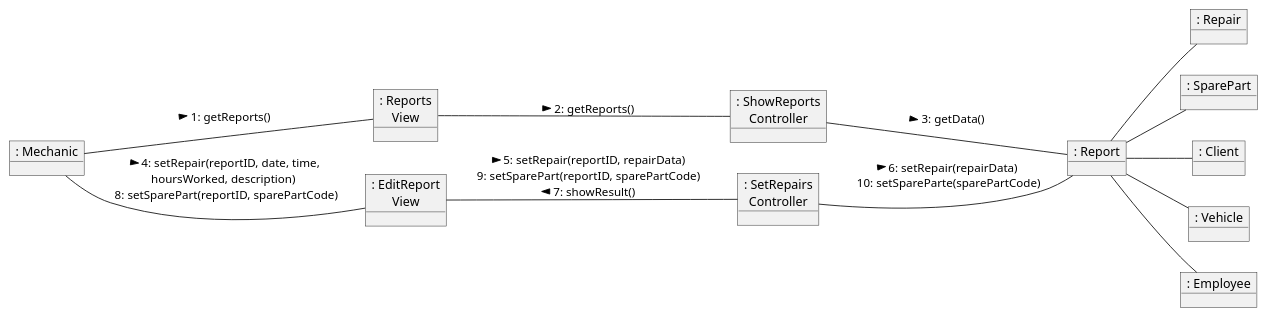
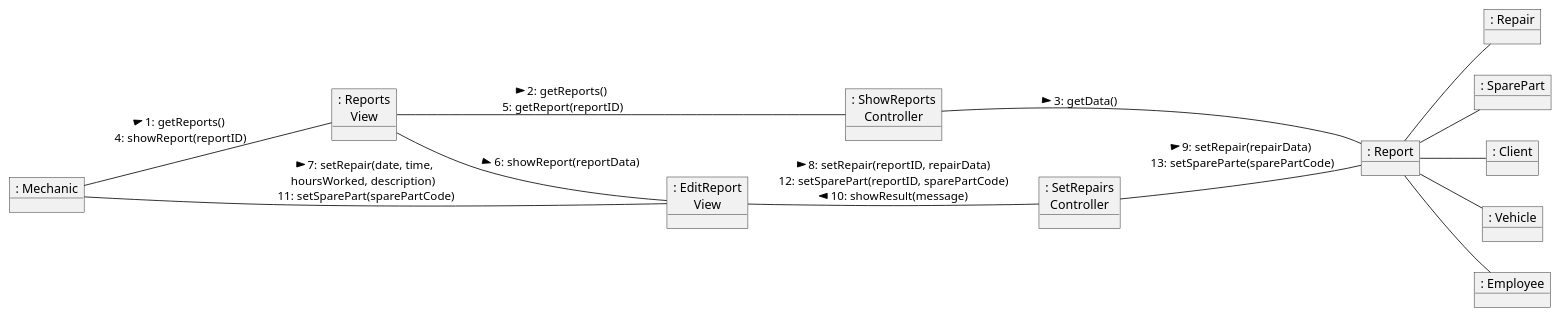
Before and after one commit to mpaulaherrero/IS-022023: the diagram in docs/diagrams/tallerMecanico/logicalView/analisysView/usecaseAnalisys/analysisComunicationDiagramUC2.plantuml, drawn with PlantUML. The commit also changed 5 other files, not shown here.

```diff
--- a/docs/diagrams/tallerMecanico/logicalView/analisysView/usecaseAnalisys/analysisComunicationDiagramUC2.plantuml
+++ b/docs/diagrams/tallerMecanico/logicalView/analisysView/usecaseAnalisys/analysisComunicationDiagramUC2.plantuml
@@ -1,28 +1,30 @@
 @startuml
 left to right direction
 
 object ": Mechanic" as Mechanic
 object ": Reports\nView" as ReportsView
 object ": ShowReports\nController" as ShowReportsController
 object ": EditReport\nView" as EditReportView
 object ": SetRepairs\nController" as SetRepairsController
 object ": Report" as Report
 object ": Repair" as Repair
 object ": SparePart" as SparePart
 object ": Client" as Client
 object ": Vehicle" as Vehicle
 object ": Employee" as Employee
 
-Mechanic -- ReportsView : > 1: getReports()
-ReportsView -- ShowReportsController : > 2: getReports()
+Mechanic -- ReportsView : > 1: getReports() \n 4: showReport(reportID)
+ReportsView -- ShowReportsController : > 2: getReports() \n 5: getReport(reportID)
 ShowReportsController -- Report : > 3: getData()
 
-Mechanic -- EditReportView : > 4: setRepair(reportID, date, time, \nhoursWorked, description) \n 8: setSparePart(reportID, sparePartCode)
-EditReportView -- SetRepairsController : > 5: setRepair(reportID, repairData) \n 9: setSparePart(reportID, sparePartCode) \n 7: showResult() <
-SetRepairsController -- Report : > 6: setRepair(repairData) \n 10: setSpareParte(sparePartCode)
+ReportsView -- EditReportView: > 6: showReport(reportData)
+
+Mechanic -- EditReportView : > 7: setRepair(date, time, \nhoursWorked, description) \n 11: setSparePart(sparePartCode)
+EditReportView -- SetRepairsController : > 8: setRepair(reportID, repairData) \n 12: setSparePart(reportID, sparePartCode) \n 10: showResult(message) <
+SetRepairsController -- Report : > 9: setRepair(repairData) \n 13: setSpareParte(sparePartCode)
 Report -- Repair
 Report -- SparePart
 Report -- Client
 Report -- Vehicle
 Report -- Employee
 @enduml
```
